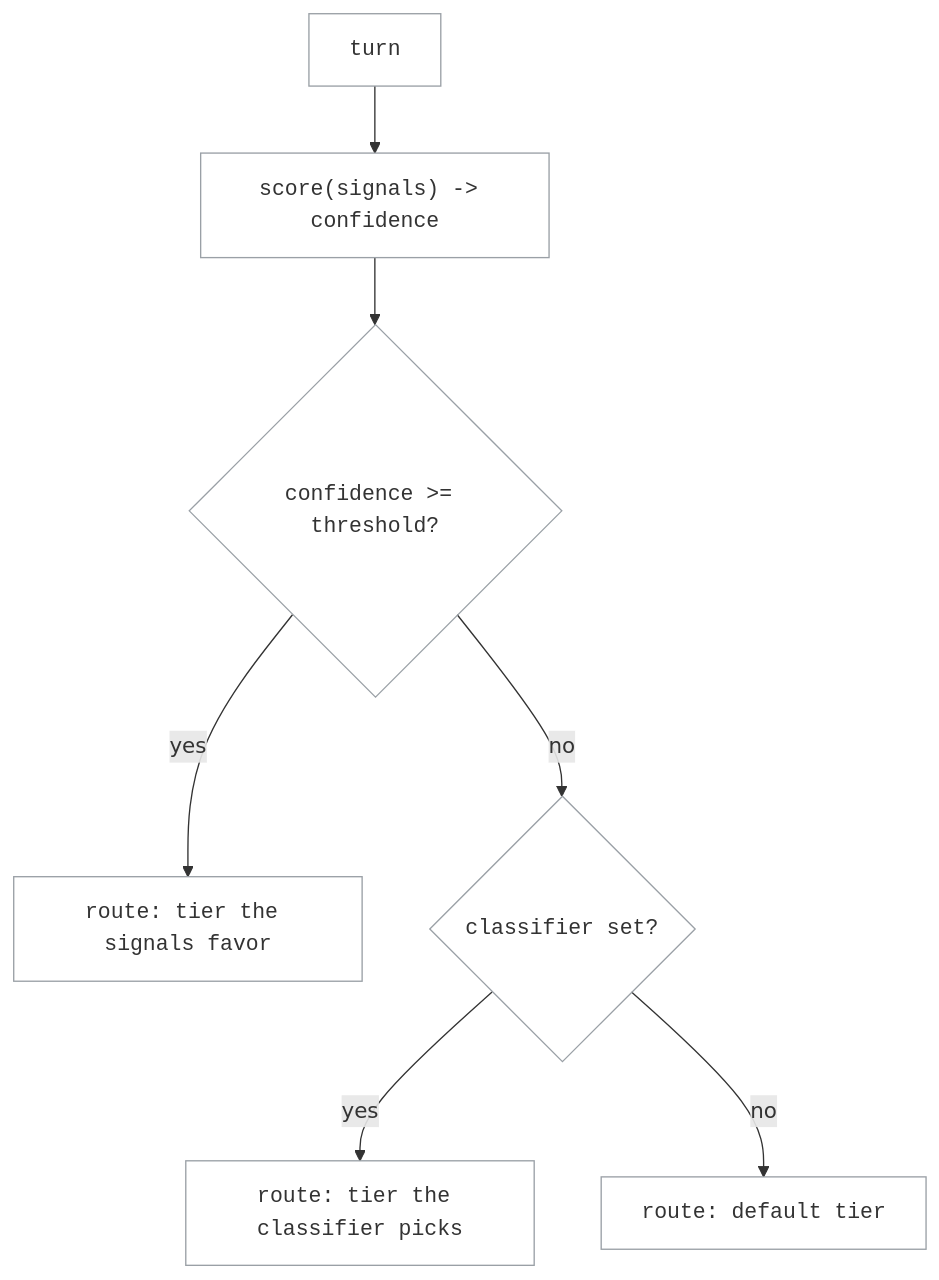
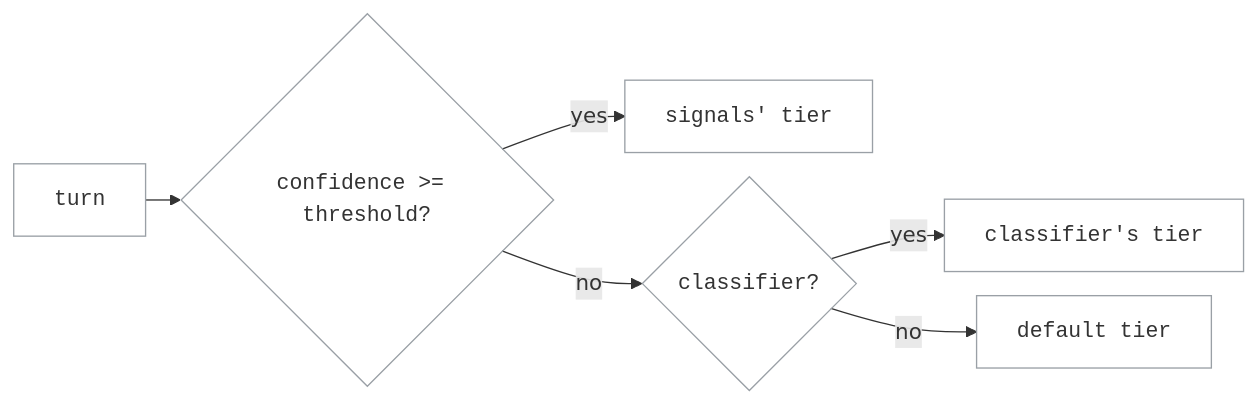
Before and after one commit to NVIDIA-NeMo/Switchyard: the diagram in docs/routing_algorithms/stage_router_routing.md, drawn with Mermaid.

Commit message:
docs(stage-router): shrink the routing flow diagram

````diff
--- a/docs/routing_algorithms/stage_router_routing.md
+++ b/docs/routing_algorithms/stage_router_routing.md
@@ -39,12 +39,12 @@
 ```mermaid
-flowchart TD
-    turn["turn"] --> score["score(signals) -> confidence"]
-    score --> gate{"confidence >= threshold?"}
-    gate -->|yes| a["route: tier the signals favor"]
-    gate -->|no| clf{"classifier set?"}
-    clf -->|yes| b["route: tier the classifier picks"]
-    clf -->|no| c["route: default tier"]
+%%{init: {"flowchart": {"nodeSpacing": 18, "rankSpacing": 26}}}%%
+flowchart LR
+    t["turn"] --> g{"confidence >= threshold?"}
+    g -->|yes| s["signals' tier"]
+    g -->|no| c{"classifier?"}
+    c -->|yes| k["classifier's tier"]
+    c -->|no| d["default tier"]
 
     classDef box font-family:monospace,fill:none,stroke:#9aa0a6,stroke-width:1px;
-    class turn,score,a,b,c,gate,clf box;
+    class t,s,k,d,g,c box;
 ```
````
